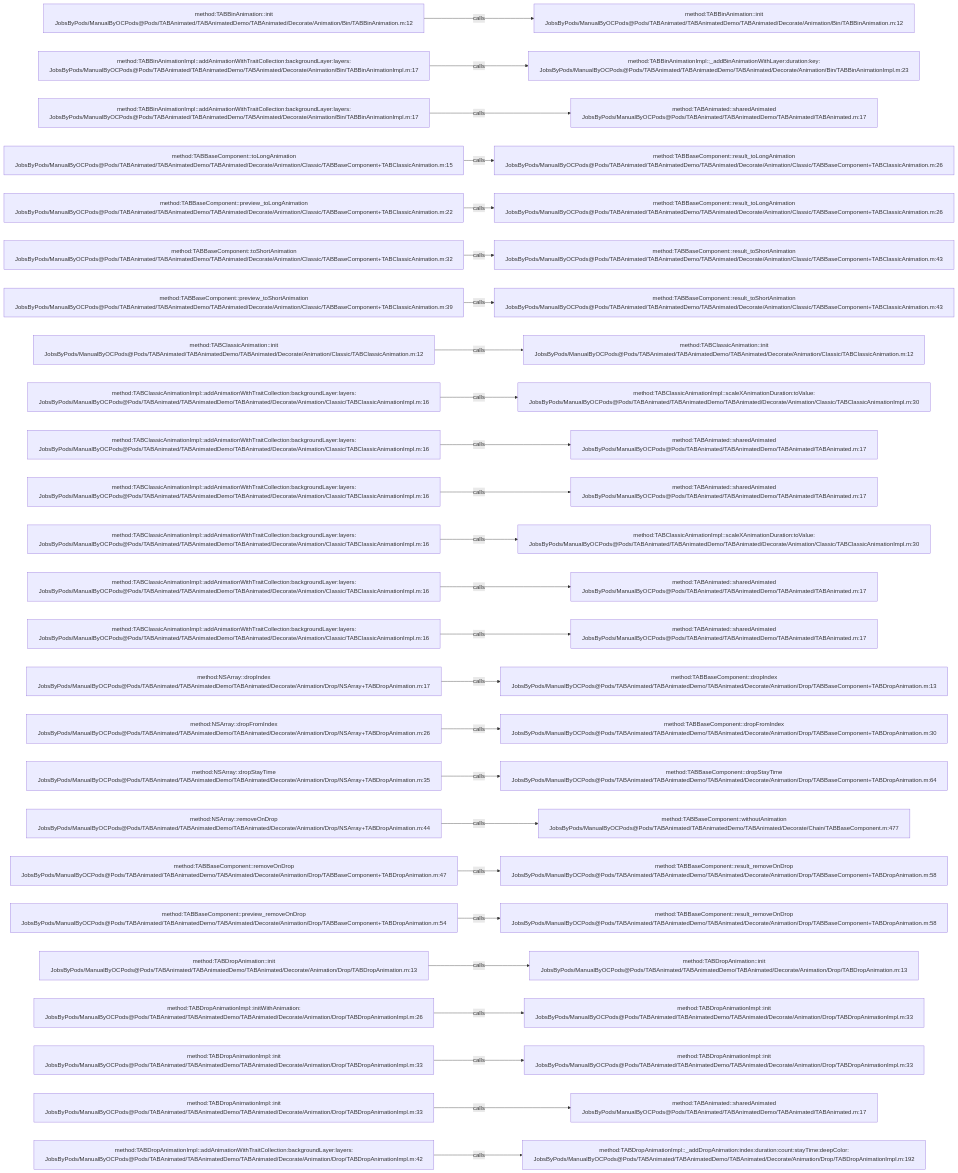
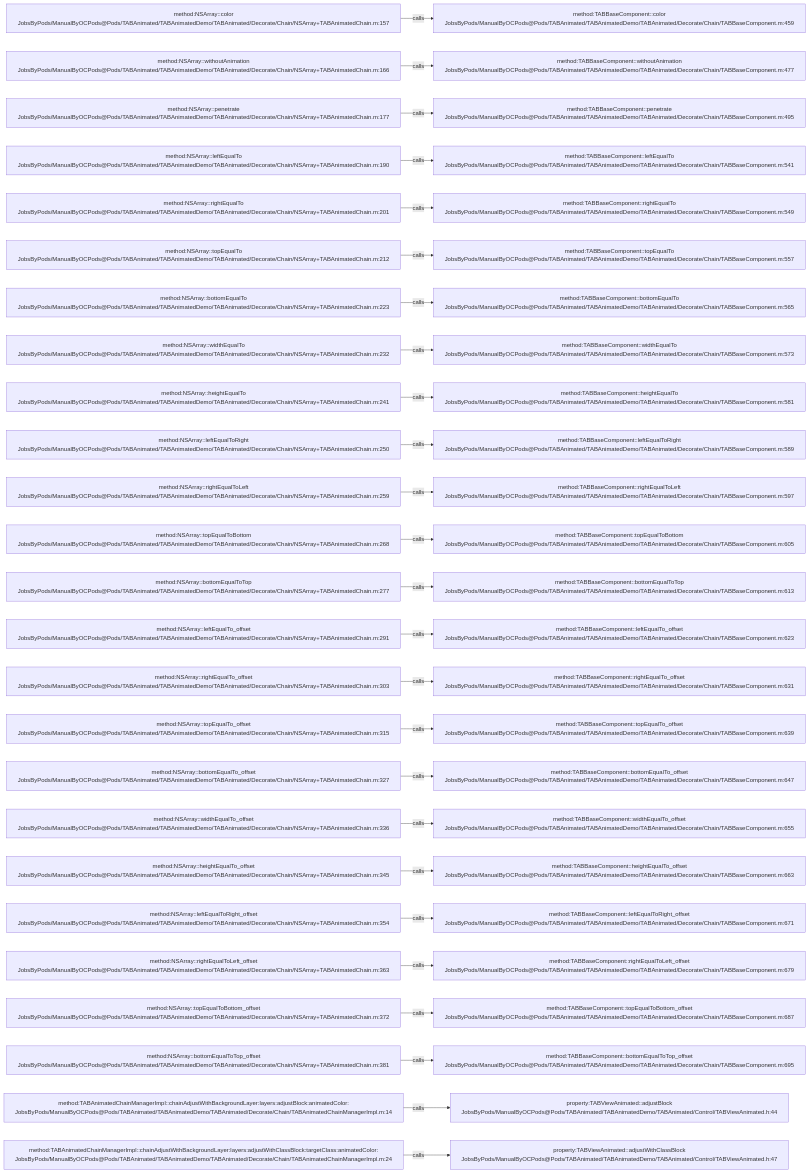
Before and after one commit to JobsKits/JobsOCBaseConfigDemo: the diagram in .codegraph/codegraph.md/graphs/calls-020.md, drawn with Mermaid. The commit also changed 2723 other files, not shown here.

````diff
--- a/.codegraph/codegraph.md/graphs/calls-020.md
+++ b/.codegraph/codegraph.md/graphs/calls-020.md
@@ -13,78 +13,78 @@
 ```mermaid
 flowchart LR
-  S1["method:TABBinAnimation::init<br/>JobsByPods/ManualByOCPods@Pods/TABAnimated/TABAnimatedDemo/TABAnimated/Decorate/Animation/Bin/TABBinAnimation.m:12"]
-  T1["method:TABBinAnimation::init<br/>JobsByPods/ManualByOCPods@Pods/TABAnimated/TABAnimatedDemo/TABAnimated/Decorate/Animation/Bin/TABBinAnimation.m:12"]
+  S1["method:NSArray::color<br/>JobsByPods/ManualByOCPods@Pods/TABAnimated/TABAnimatedDemo/TABAnimated/Decorate/Chain/NSArray+TABAnimatedChain.m:157"]
+  T1["method:TABBaseComponent::color<br/>JobsByPods/ManualByOCPods@Pods/TABAnimated/TABAnimatedDemo/TABAnimated/Decorate/Chain/TABBaseComponent.m:459"]
   S1 -->|calls| T1
-  S2["method:TABBinAnimationImpl::addAnimationWithTraitCollection:backgroundLayer:layers:<br/>JobsByPods/ManualByOCPods@Pods/TABAnimated/TABAnimatedDemo/TABAnimated/Decorate/Animation/Bin/TABBinAnimationImpl.m:17"]
-  T2["method:TABBinAnimationImpl::_addBinAnimationWithLayer:duration:key:<br/>JobsByPods/ManualByOCPods@Pods/TABAnimated/TABAnimatedDemo/TABAnimated/Decorate/Animation/Bin/TABBinAnimationImpl.m:23"]
+  S2["method:NSArray::withoutAnimation<br/>JobsByPods/ManualByOCPods@Pods/TABAnimated/TABAnimatedDemo/TABAnimated/Decorate/Chain/NSArray+TABAnimatedChain.m:166"]
+  T2["method:TABBaseComponent::withoutAnimation<br/>JobsByPods/ManualByOCPods@Pods/TABAnimated/TABAnimatedDemo/TABAnimated/Decorate/Chain/TABBaseComponent.m:477"]
   S2 -->|calls| T2
-  S3["method:TABBinAnimationImpl::addAnimationWithTraitCollection:backgroundLayer:layers:<br/>JobsByPods/ManualByOCPods@Pods/TABAnimated/TABAnimatedDemo/TABAnimated/Decorate/Animation/Bin/TABBinAnimationImpl.m:17"]
-  T3["method:TABAnimated::sharedAnimated<br/>JobsByPods/ManualByOCPods@Pods/TABAnimated/TABAnimatedDemo/TABAnimated/TABAnimated.m:17"]
+  S3["method:NSArray::penetrate<br/>JobsByPods/ManualByOCPods@Pods/TABAnimated/TABAnimatedDemo/TABAnimated/Decorate/Chain/NSArray+TABAnimatedChain.m:177"]
+  T3["method:TABBaseComponent::penetrate<br/>JobsByPods/ManualByOCPods@Pods/TABAnimated/TABAnimatedDemo/TABAnimated/Decorate/Chain/TABBaseComponent.m:495"]
   S3 -->|calls| T3
-  S4["method:TABBaseComponent::toLongAnimation<br/>JobsByPods/ManualByOCPods@Pods/TABAnimated/TABAnimatedDemo/TABAnimated/Decorate/Animation/Classic/TABBaseComponent+TABClassicAnimation.m:15"]
-  T4["method:TABBaseComponent::result_toLongAnimation<br/>JobsByPods/ManualByOCPods@Pods/TABAnimated/TABAnimatedDemo/TABAnimated/Decorate/Animation/Classic/TABBaseComponent+TABClassicAnimation.m:26"]
+  S4["method:NSArray::leftEqualTo<br/>JobsByPods/ManualByOCPods@Pods/TABAnimated/TABAnimatedDemo/TABAnimated/Decorate/Chain/NSArray+TABAnimatedChain.m:190"]
+  T4["method:TABBaseComponent::leftEqualTo<br/>JobsByPods/ManualByOCPods@Pods/TABAnimated/TABAnimatedDemo/TABAnimated/Decorate/Chain/TABBaseComponent.m:541"]
   S4 -->|calls| T4
-  S5["method:TABBaseComponent::preview_toLongAnimation<br/>JobsByPods/ManualByOCPods@Pods/TABAnimated/TABAnimatedDemo/TABAnimated/Decorate/Animation/Classic/TABBaseComponent+TABClassicAnimation.m:22"]
-  T5["method:TABBaseComponent::result_toLongAnimation<br/>JobsByPods/ManualByOCPods@Pods/TABAnimated/TABAnimatedDemo/TABAnimated/Decorate/Animation/Classic/TABBaseComponent+TABClassicAnimation.m:26"]
+  S5["method:NSArray::rightEqualTo<br/>JobsByPods/ManualByOCPods@Pods/TABAnimated/TABAnimatedDemo/TABAnimated/Decorate/Chain/NSArray+TABAnimatedChain.m:201"]
+  T5["method:TABBaseComponent::rightEqualTo<br/>JobsByPods/ManualByOCPods@Pods/TABAnimated/TABAnimatedDemo/TABAnimated/Decorate/Chain/TABBaseComponent.m:549"]
   S5 -->|calls| T5
-  S6["method:TABBaseComponent::toShortAnimation<br/>JobsByPods/ManualByOCPods@Pods/TABAnimated/TABAnimatedDemo/TABAnimated/Decorate/Animation/Classic/TABBaseComponent+TABClassicAnimation.m:32"]
-  T6["method:TABBaseComponent::result_toShortAnimation<br/>JobsByPods/ManualByOCPods@Pods/TABAnimated/TABAnimatedDemo/TABAnimated/Decorate/Animation/Classic/TABBaseComponent+TABClassicAnimation.m:43"]
+  S6["method:NSArray::topEqualTo<br/>JobsByPods/ManualByOCPods@Pods/TABAnimated/TABAnimatedDemo/TABAnimated/Decorate/Chain/NSArray+TABAnimatedChain.m:212"]
+  T6["method:TABBaseComponent::topEqualTo<br/>JobsByPods/ManualByOCPods@Pods/TABAnimated/TABAnimatedDemo/TABAnimated/Decorate/Chain/TABBaseComponent.m:557"]
   S6 -->|calls| T6
-  S7["method:TABBaseComponent::preview_toShortAnimation<br/>JobsByPods/ManualByOCPods@Pods/TABAnimated/TABAnimatedDemo/TABAnimated/Decorate/Animation/Classic/TABBaseComponent+TABClassicAnimation.m:39"]
-  T7["method:TABBaseComponent::result_toShortAnimation<br/>JobsByPods/ManualByOCPods@Pods/TABAnimated/TABAnimatedDemo/TABAnimated/Decorate/Animation/Classic/TABBaseComponent+TABClassicAnimation.m:43"]
+  S7["method:NSArray::bottomEqualTo<br/>JobsByPods/ManualByOCPods@Pods/TABAnimated/TABAnimatedDemo/TABAnimated/Decorate/Chain/NSArray+TABAnimatedChain.m:223"]
+  T7["method:TABBaseComponent::bottomEqualTo<br/>JobsByPods/ManualByOCPods@Pods/TABAnimated/TABAnimatedDemo/TABAnimated/Decorate/Chain/TABBaseComponent.m:565"]
   S7 -->|calls| T7
-  S8["method:TABClassicAnimation::init<br/>JobsByPods/ManualByOCPods@Pods/TABAnimated/TABAnimatedDemo/TABAnimated/Decorate/Animation/Classic/TABClassicAnimation.m:12"]
-  T8["method:TABClassicAnimation::init<br/>JobsByPods/ManualByOCPods@Pods/TABAnimated/TABAnimatedDemo/TABAnimated/Decorate/Animation/Classic/TABClassicAnimation.m:12"]
+  S8["method:NSArray::widthEqualTo<br/>JobsByPods/ManualByOCPods@Pods/TABAnimated/TABAnimatedDemo/TABAnimated/Decorate/Chain/NSArray+TABAnimatedChain.m:232"]
+  T8["method:TABBaseComponent::widthEqualTo<br/>JobsByPods/ManualByOCPods@Pods/TABAnimated/TABAnimatedDemo/TABAnimated/Decorate/Chain/TABBaseComponent.m:573"]
   S8 -->|calls| T8
-  S9["method:TABClassicAnimationImpl::addAnimationWithTraitCollection:backgroundLayer:layers:<br/>JobsByPods/ManualByOCPods@Pods/TABAnimated/TABAnimatedDemo/TABAnimated/Decorate/Animation/Classic/TABClassicAnimationImpl.m:16"]
-  T9["method:TABClassicAnimationImpl::scaleXAnimationDuration:toValue:<br/>JobsByPods/ManualByOCPods@Pods/TABAnimated/TABAnimatedDemo/TABAnimated/Decorate/Animation/Classic/TABClassicAnimationImpl.m:30"]
+  S9["method:NSArray::heightEqualTo<br/>JobsByPods/ManualByOCPods@Pods/TABAnimated/TABAnimatedDemo/TABAnimated/Decorate/Chain/NSArray+TABAnimatedChain.m:241"]
+  T9["method:TABBaseComponent::heightEqualTo<br/>JobsByPods/ManualByOCPods@Pods/TABAnimated/TABAnimatedDemo/TABAnimated/Decorate/Chain/TABBaseComponent.m:581"]
   S9 -->|calls| T9
-  S10["method:TABClassicAnimationImpl::addAnimationWithTraitCollection:backgroundLayer:layers:<br/>JobsByPods/ManualByOCPods@Pods/TABAnimated/TABAnimatedDemo/TABAnimated/Decorate/Animation/Classic/TABClassicAnimationImpl.m:16"]
-  T10["method:TABAnimated::sharedAnimated<br/>JobsByPods/ManualByOCPods@Pods/TABAnimated/TABAnimatedDemo/TABAnimated/TABAnimated.m:17"]
+  S10["method:NSArray::leftEqualToRight<br/>JobsByPods/ManualByOCPods@Pods/TABAnimated/TABAnimatedDemo/TABAnimated/Decorate/Chain/NSArray+TABAnimatedChain.m:250"]
+  T10["method:TABBaseComponent::leftEqualToRight<br/>JobsByPods/ManualByOCPods@Pods/TABAnimated/TABAnimatedDemo/TABAnimated/Decorate/Chain/TABBaseComponent.m:589"]
   S10 -->|calls| T10
-  S11["method:TABClassicAnimationImpl::addAnimationWithTraitCollection:backgroundLayer:layers:<br/>JobsByPods/ManualByOCPods@Pods/TABAnimated/TABAnimatedDemo/TABAnimated/Decorate/Animation/Classic/TABClassicAnimationImpl.m:16"]
-  T11["method:TABAnimated::sharedAnimated<br/>JobsByPods/ManualByOCPods@Pods/TABAnimated/TABAnimatedDemo/TABAnimated/TABAnimated.m:17"]
+  S11["method:NSArray::rightEqualToLeft<br/>JobsByPods/ManualByOCPods@Pods/TABAnimated/TABAnimatedDemo/TABAnimated/Decorate/Chain/NSArray+TABAnimatedChain.m:259"]
+  T11["method:TABBaseComponent::rightEqualToLeft<br/>JobsByPods/ManualByOCPods@Pods/TABAnimated/TABAnimatedDemo/TABAnimated/Decorate/Chain/TABBaseComponent.m:597"]
   S11 -->|calls| T11
-  S12["method:TABClassicAnimationImpl::addAnimationWithTraitCollection:backgroundLayer:layers:<br/>JobsByPods/ManualByOCPods@Pods/TABAnimated/TABAnimatedDemo/TABAnimated/Decorate/Animation/Classic/TABClassicAnimationImpl.m:16"]
-  T12["method:TABClassicAnimationImpl::scaleXAnimationDuration:toValue:<br/>JobsByPods/ManualByOCPods@Pods/TABAnimated/TABAnimatedDemo/TABAnimated/Decorate/Animation/Classic/TABClassicAnimationImpl.m:30"]
+  S12["method:NSArray::topEqualToBottom<br/>JobsByPods/ManualByOCPods@Pods/TABAnimated/TABAnimatedDemo/TABAnimated/Decorate/Chain/NSArray+TABAnimatedChain.m:268"]
+  T12["method:TABBaseComponent::topEqualToBottom<br/>JobsByPods/ManualByOCPods@Pods/TABAnimated/TABAnimatedDemo/TABAnimated/Decorate/Chain/TABBaseComponent.m:605"]
   S12 -->|calls| T12
-  S13["method:TABClassicAnimationImpl::addAnimationWithTraitCollection:backgroundLayer:layers:<br/>JobsByPods/ManualByOCPods@Pods/TABAnimated/TABAnimatedDemo/TABAnimated/Decorate/Animation/Classic/TABClassicAnimationImpl.m:16"]
-  T13["method:TABAnimated::sharedAnimated<br/>JobsByPods/ManualByOCPods@Pods/TABAnimated/TABAnimatedDemo/TABAnimated/TABAnimated.m:17"]
+  S13["method:NSArray::bottomEqualToTop<br/>JobsByPods/ManualByOCPods@Pods/TABAnimated/TABAnimatedDemo/TABAnimated/Decorate/Chain/NSArray+TABAnimatedChain.m:277"]
+  T13["method:TABBaseComponent::bottomEqualToTop<br/>JobsByPods/ManualByOCPods@Pods/TABAnimated/TABAnimatedDemo/TABAnimated/Decorate/Chain/TABBaseComponent.m:613"]
   S13 -->|calls| T13
-  S14["method:TABClassicAnimationImpl::addAnimationWithTraitCollection:backgroundLayer:layers:<br/>JobsByPods/ManualByOCPods@Pods/TABAnimated/TABAnimatedDemo/TABAnimated/Decorate/Animation/Classic/TABClassicAnimationImpl.m:16"]
-  T14["method:TABAnimated::sharedAnimated<br/>JobsByPods/ManualByOCPods@Pods/TABAnimated/TABAnimatedDemo/TABAnimated/TABAnimated.m:17"]
+  S14["method:NSArray::leftEqualTo_offset<br/>JobsByPods/ManualByOCPods@Pods/TABAnimated/TABAnimatedDemo/TABAnimated/Decorate/Chain/NSArray+TABAnimatedChain.m:291"]
+  T14["method:TABBaseComponent::leftEqualTo_offset<br/>JobsByPods/ManualByOCPods@Pods/TABAnimated/TABAnimatedDemo/TABAnimated/Decorate/Chain/TABBaseComponent.m:623"]
   S14 -->|calls| T14
-  S15["method:NSArray::dropIndex<br/>JobsByPods/ManualByOCPods@Pods/TABAnimated/TABAnimatedDemo/TABAnimated/Decorate/Animation/Drop/NSArray+TABDropAnimation.m:17"]
-  T15["method:TABBaseComponent::dropIndex<br/>JobsByPods/ManualByOCPods@Pods/TABAnimated/TABAnimatedDemo/TABAnimated/Decorate/Animation/Drop/TABBaseComponent+TABDropAnimation.m:13"]
+  S15["method:NSArray::rightEqualTo_offset<br/>JobsByPods/ManualByOCPods@Pods/TABAnimated/TABAnimatedDemo/TABAnimated/Decorate/Chain/NSArray+TABAnimatedChain.m:303"]
+  T15["method:TABBaseComponent::rightEqualTo_offset<br/>JobsByPods/ManualByOCPods@Pods/TABAnimated/TABAnimatedDemo/TABAnimated/Decorate/Chain/TABBaseComponent.m:631"]
   S15 -->|calls| T15
-  S16["method:NSArray::dropFromIndex<br/>JobsByPods/ManualByOCPods@Pods/TABAnimated/TABAnimatedDemo/TABAnimated/Decorate/Animation/Drop/NSArray+TABDropAnimation.m:26"]
-  T16["method:TABBaseComponent::dropFromIndex<br/>JobsByPods/ManualByOCPods@Pods/TABAnimated/TABAnimatedDemo/TABAnimated/Decorate/Animation/Drop/TABBaseComponent+TABDropAnimation.m:30"]
+  S16["method:NSArray::topEqualTo_offset<br/>JobsByPods/ManualByOCPods@Pods/TABAnimated/TABAnimatedDemo/TABAnimated/Decorate/Chain/NSArray+TABAnimatedChain.m:315"]
+  T16["method:TABBaseComponent::topEqualTo_offset<br/>JobsByPods/ManualByOCPods@Pods/TABAnimated/TABAnimatedDemo/TABAnimated/Decorate/Chain/TABBaseComponent.m:639"]
   S16 -->|calls| T16
-  S17["method:NSArray::dropStayTime<br/>JobsByPods/ManualByOCPods@Pods/TABAnimated/TABAnimatedDemo/TABAnimated/Decorate/Animation/Drop/NSArray+TABDropAnimation.m:35"]
-  T17["method:TABBaseComponent::dropStayTime<br/>JobsByPods/ManualByOCPods@Pods/TABAnimated/TABAnimatedDemo/TABAnimated/Decorate/Animation/Drop/TABBaseComponent+TABDropAnimation.m:64"]
+  S17["method:NSArray::bottomEqualTo_offset<br/>JobsByPods/ManualByOCPods@Pods/TABAnimated/TABAnimatedDemo/TABAnimated/Decorate/Chain/NSArray+TABAnimatedChain.m:327"]
+  T17["method:TABBaseComponent::bottomEqualTo_offset<br/>JobsByPods/ManualByOCPods@Pods/TABAnimated/TABAnimatedDemo/TABAnimated/Decorate/Chain/TABBaseComponent.m:647"]
   S17 -->|calls| T17
-  S18["method:NSArray::removeOnDrop<br/>JobsByPods/ManualByOCPods@Pods/TABAnimated/TABAnimatedDemo/TABAnimated/Decorate/Animation/Drop/NSArray+TABDropAnimation.m:44"]
-  T18["method:TABBaseComponent::withoutAnimation<br/>JobsByPods/ManualByOCPods@Pods/TABAnimated/TABAnimatedDemo/TABAnimated/Decorate/Chain/TABBaseComponent.m:477"]
+  S18["method:NSArray::widthEqualTo_offset<br/>JobsByPods/ManualByOCPods@Pods/TABAnimated/TABAnimatedDemo/TABAnimated/Decorate/Chain/NSArray+TABAnimatedChain.m:336"]
+  T18["method:TABBaseComponent::widthEqualTo_offset<br/>JobsByPods/ManualByOCPods@Pods/TABAnimated/TABAnimatedDemo/TABAnimated/Decorate/Chain/TABBaseComponent.m:655"]
   S18 -->|calls| T18
-  S19["method:TABBaseComponent::removeOnDrop<br/>JobsByPods/ManualByOCPods@Pods/TABAnimated/TABAnimatedDemo/TABAnimated/Decorate/Animation/Drop/TABBaseComponent+TABDropAnimation.m:47"]
-  T19["method:TABBaseComponent::result_removeOnDrop<br/>JobsByPods/ManualByOCPods@Pods/TABAnimated/TABAnimatedDemo/TABAnimated/Decorate/Animation/Drop/TABBaseComponent+TABDropAnimation.m:58"]
+  S19["method:NSArray::heightEqualTo_offset<br/>JobsByPods/ManualByOCPods@Pods/TABAnimated/TABAnimatedDemo/TABAnimated/Decorate/Chain/NSArray+TABAnimatedChain.m:345"]
+  T19["method:TABBaseComponent::heightEqualTo_offset<br/>JobsByPods/ManualByOCPods@Pods/TABAnimated/TABAnimatedDemo/TABAnimated/Decorate/Chain/TABBaseComponent.m:663"]
   S19 -->|calls| T19
-  S20["method:TABBaseComponent::preview_removeOnDrop<br/>JobsByPods/ManualByOCPods@Pods/TABAnimated/TABAnimatedDemo/TABAnimated/Decorate/Animation/Drop/TABBaseComponent+TABDropAnimation.m:54"]
-  T20["method:TABBaseComponent::result_removeOnDrop<br/>JobsByPods/ManualByOCPods@Pods/TABAnimated/TABAnimatedDemo/TABAnimated/Decorate/Animation/Drop/TABBaseComponent+TABDropAnimation.m:58"]
+  S20["method:NSArray::leftEqualToRight_offset<br/>JobsByPods/ManualByOCPods@Pods/TABAnimated/TABAnimatedDemo/TABAnimated/Decorate/Chain/NSArray+TABAnimatedChain.m:354"]
+  T20["method:TABBaseComponent::leftEqualToRight_offset<br/>JobsByPods/ManualByOCPods@Pods/TABAnimated/TABAnimatedDemo/TABAnimated/Decorate/Chain/TABBaseComponent.m:671"]
   S20 -->|calls| T20
-  S21["method:TABDropAnimation::init<br/>JobsByPods/ManualByOCPods@Pods/TABAnimated/TABAnimatedDemo/TABAnimated/Decorate/Animation/Drop/TABDropAnimation.m:13"]
-  T21["method:TABDropAnimation::init<br/>JobsByPods/ManualByOCPods@Pods/TABAnimated/TABAnimatedDemo/TABAnimated/Decorate/Animation/Drop/TABDropAnimation.m:13"]
+  S21["method:NSArray::rightEqualToLeft_offset<br/>JobsByPods/ManualByOCPods@Pods/TABAnimated/TABAnimatedDemo/TABAnimated/Decorate/Chain/NSArray+TABAnimatedChain.m:363"]
+  T21["method:TABBaseComponent::rightEqualToLeft_offset<br/>JobsByPods/ManualByOCPods@Pods/TABAnimated/TABAnimatedDemo/TABAnimated/Decorate/Chain/TABBaseComponent.m:679"]
   S21 -->|calls| T21
-  S22["method:TABDropAnimationImpl::initWithAnimation:<br/>JobsByPods/ManualByOCPods@Pods/TABAnimated/TABAnimatedDemo/TABAnimated/Decorate/Animation/Drop/TABDropAnimationImpl.m:26"]
-  T22["method:TABDropAnimationImpl::init<br/>JobsByPods/ManualByOCPods@Pods/TABAnimated/TABAnimatedDemo/TABAnimated/Decorate/Animation/Drop/TABDropAnimationImpl.m:33"]
+  S22["method:NSArray::topEqualToBottom_offset<br/>JobsByPods/ManualByOCPods@Pods/TABAnimated/TABAnimatedDemo/TABAnimated/Decorate/Chain/NSArray+TABAnimatedChain.m:372"]
+  T22["method:TABBaseComponent::topEqualToBottom_offset<br/>JobsByPods/ManualByOCPods@Pods/TABAnimated/TABAnimatedDemo/TABAnimated/Decorate/Chain/TABBaseComponent.m:687"]
   S22 -->|calls| T22
-  S23["method:TABDropAnimationImpl::init<br/>JobsByPods/ManualByOCPods@Pods/TABAnimated/TABAnimatedDemo/TABAnimated/Decorate/Animation/Drop/TABDropAnimationImpl.m:33"]
-  T23["method:TABDropAnimationImpl::init<br/>JobsByPods/ManualByOCPods@Pods/TABAnimated/TABAnimatedDemo/TABAnimated/Decorate/Animation/Drop/TABDropAnimationImpl.m:33"]
+  S23["method:NSArray::bottomEqualToTop_offset<br/>JobsByPods/ManualByOCPods@Pods/TABAnimated/TABAnimatedDemo/TABAnimated/Decorate/Chain/NSArray+TABAnimatedChain.m:381"]
+  T23["method:TABBaseComponent::bottomEqualToTop_offset<br/>JobsByPods/ManualByOCPods@Pods/TABAnimated/TABAnimatedDemo/TABAnimated/Decorate/Chain/TABBaseComponent.m:695"]
   S23 -->|calls| T23
-  S24["method:TABDropAnimationImpl::init<br/>JobsByPods/ManualByOCPods@Pods/TABAnimated/TABAnimatedDemo/TABAnimated/Decorate/Animation/Drop/TABDropAnimationImpl.m:33"]
-  T24["method:TABAnimated::sharedAnimated<br/>JobsByPods/ManualByOCPods@Pods/TABAnimated/TABAnimatedDemo/TABAnimated/TABAnimated.m:17"]
+  S24["method:TABAnimatedChainManagerImpl::chainAdjustWithBackgroundLayer:layers:adjustBlock:animatedColor:<br/>JobsByPods/ManualByOCPods@Pods/TABAnimated/TABAnimatedDemo/TABAnimated/Decorate/Chain/TABAnimatedChainManagerImpl.m:14"]
+  T24["property:TABViewAnimated::adjustBlock<br/>JobsByPods/ManualByOCPods@Pods/TABAnimated/TABAnimatedDemo/TABAnimated/Control/TABViewAnimated.h:44"]
   S24 -->|calls| T24
-  S25["method:TABDropAnimationImpl::addAnimationWithTraitCollection:backgroundLayer:layers:<br/>JobsByPods/ManualByOCPods@Pods/TABAnimated/TABAnimatedDemo/TABAnimated/Decorate/Animation/Drop/TABDropAnimationImpl.m:42"]
-  T25["method:TABDropAnimationImpl::_addDropAnimation:index:duration:count:stayTime:deepColor:<br/>JobsByPods/ManualByOCPods@Pods/TABAnimated/TABAnimatedDemo/TABAnimated/Decorate/Animation/Drop/TABDropAnimationImpl.m:192"]
+  S25["method:TABAnimatedChainManagerImpl::chainAdjustWithBackgroundLayer:layers:adjustWithClassBlock:targetClass:animatedColor:<br/>JobsByPods/ManualByOCPods@Pods/TABAnimated/TABAnimatedDemo/TABAnimated/Decorate/Chain/TABAnimatedChainManagerImpl.m:24"]
+  T25["property:TABViewAnimated::adjustWithClassBlock<br/>JobsByPods/ManualByOCPods@Pods/TABAnimated/TABAnimatedDemo/TABAnimated/Control/TABViewAnimated.h:47"]
   S25 -->|calls| T25
 ```
````
